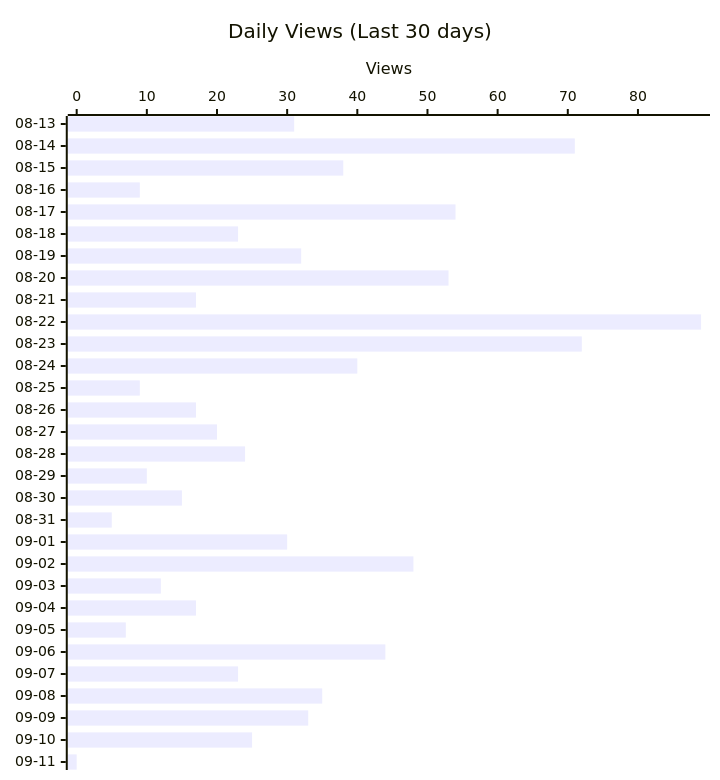
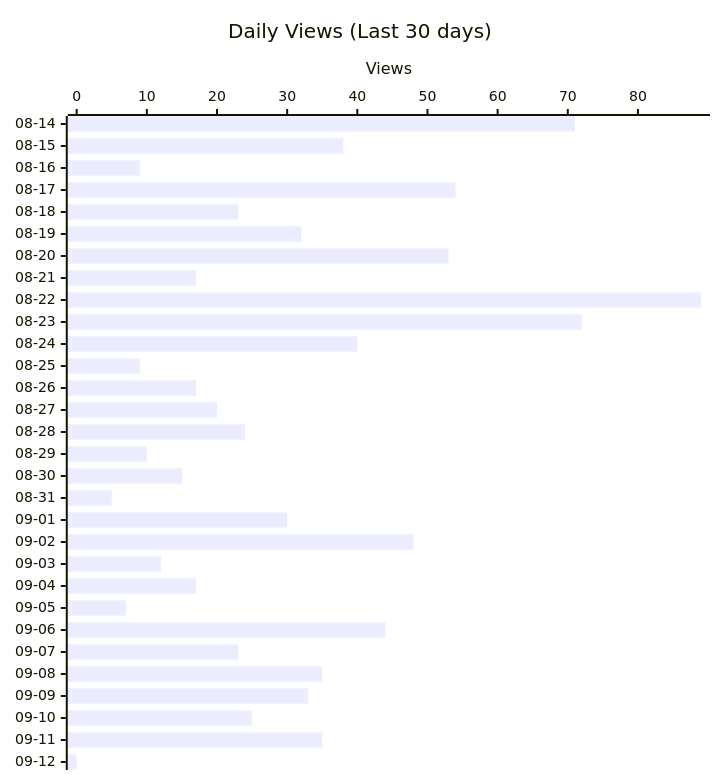
The second of 4 diagrams in README.md (shigechika/github-insights), drawn with Mermaid before and after one commit. The commit also changed other lines of this file and 2 other files, not shown here.

````diff
--- a/README.md
+++ b/README.md
@@ -28,12 +28,12 @@
 ```mermaid
 ---
 config:
   xyChart:
     height: 760
 ---
 xychart-beta horizontal
     title "Daily Views (Last 30 days)"
-    x-axis ["08-13", "08-14", "08-15", "08-16", "08-17", "08-18", "08-19", "08-20", "08-21", "08-22", "08-23", "08-24", "08-25", "08-26", "08-27", "08-28", "08-29", "08-30", "08-31", "09-01", "09-02", "09-03", "09-04", "09-05", "09-06", "09-07", "09-08", "09-09", "09-10", "09-11"]
+    x-axis ["08-14", "08-15", "08-16", "08-17", "08-18", "08-19", "08-20", "08-21", "08-22", "08-23", "08-24", "08-25", "08-26", "08-27", "08-28", "08-29", "08-30", "08-31", "09-01", "09-02", "09-03", "09-04", "09-05", "09-06", "09-07", "09-08", "09-09", "09-10", "09-11", "09-12"]
     y-axis "Views"
-    bar [31, 71, 38, 9, 54, 23, 32, 53, 17, 89, 72, 40, 9, 17, 20, 24, 10, 15, 5, 30, 48, 12, 17, 7, 44, 23, 35, 33, 25, 0]
+    bar [71, 38, 9, 54, 23, 32, 53, 17, 89, 72, 40, 9, 17, 20, 24, 10, 15, 5, 30, 48, 12, 17, 7, 44, 23, 35, 33, 25, 35, 0]
 ```
````
